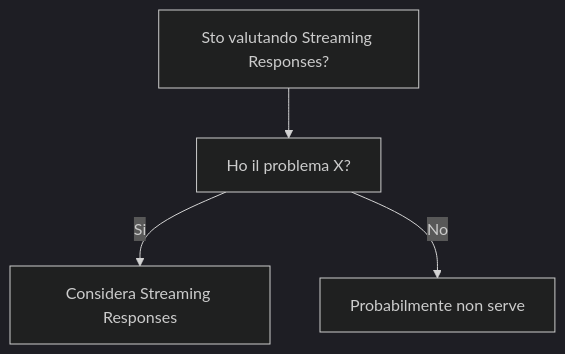
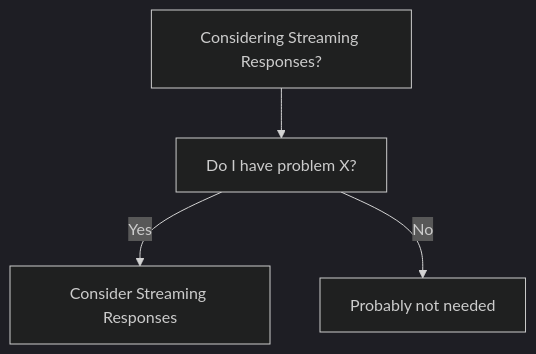
Before and after one commit to HxT9/Software-Dev-Wiki: the diagram in dev-wiki/22_AI_ML_Integration/Streaming_Responses/When_To_Use.md, drawn with Mermaid (dark theme). The commit also changed other lines of this file and 3444 other files, not shown here.

````diff
--- a/dev-wiki/22_AI_ML_Integration/Streaming_Responses/When_To_Use.md
+++ b/dev-wiki/22_AI_ML_Integration/Streaming_Responses/When_To_Use.md
@@ -19,6 +19,6 @@
 ```mermaid
 flowchart TD
-  Q[Sto valutando Streaming Responses?] --> Q1[Ho il problema X?]
-  Q1 -->|Si| OK[Considera Streaming Responses]
-  Q1 -->|No| NO[Probabilmente non serve]
+  Q[Considering Streaming Responses?] --> Q1[Do I have problem X?]
+  Q1 -->|Yes| OK[Consider Streaming Responses]
+  Q1 -->|No| NO[Probably not needed]
 ```
````
